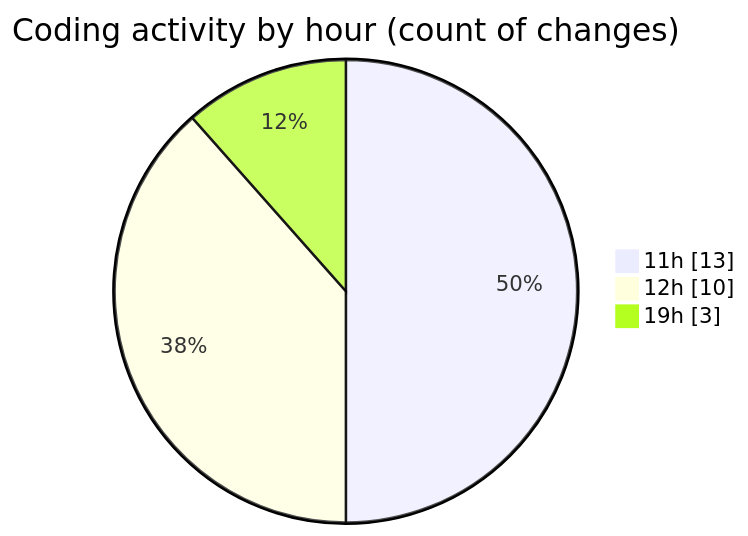
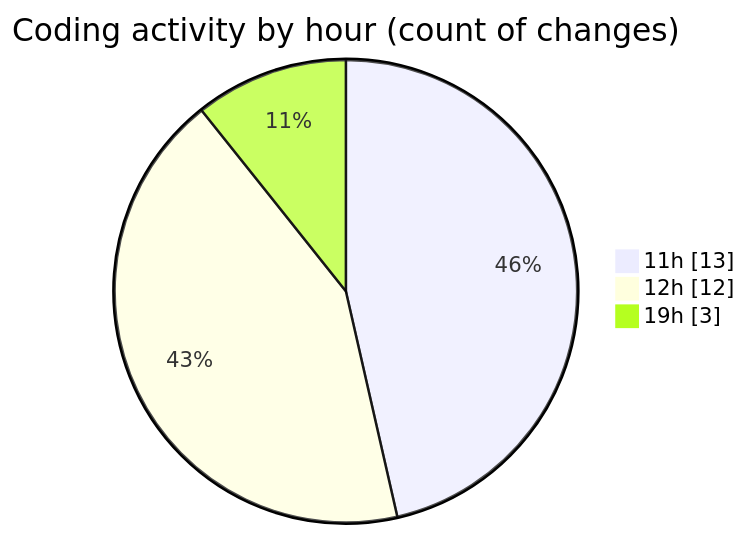
One commit to nxtqubesakshisongat/code-tracking changed the second of 2 diagrams in 2025-12-14/nxtqube_webapp/README.md. Above: the diagram before and after it, drawn with Mermaid. The commit also changed other lines of this file and 1 other file, not shown here.

````diff
--- a/2025-12-14/nxtqube_webapp/README.md
+++ b/2025-12-14/nxtqube_webapp/README.md
@@ -31,7 +31,7 @@
 ```mermaid
 pie showData
 title Coding activity by hour (count of changes)
 "11h" : 13
-"12h" : 10
+"12h" : 12
 "19h" : 3
 ```
````
